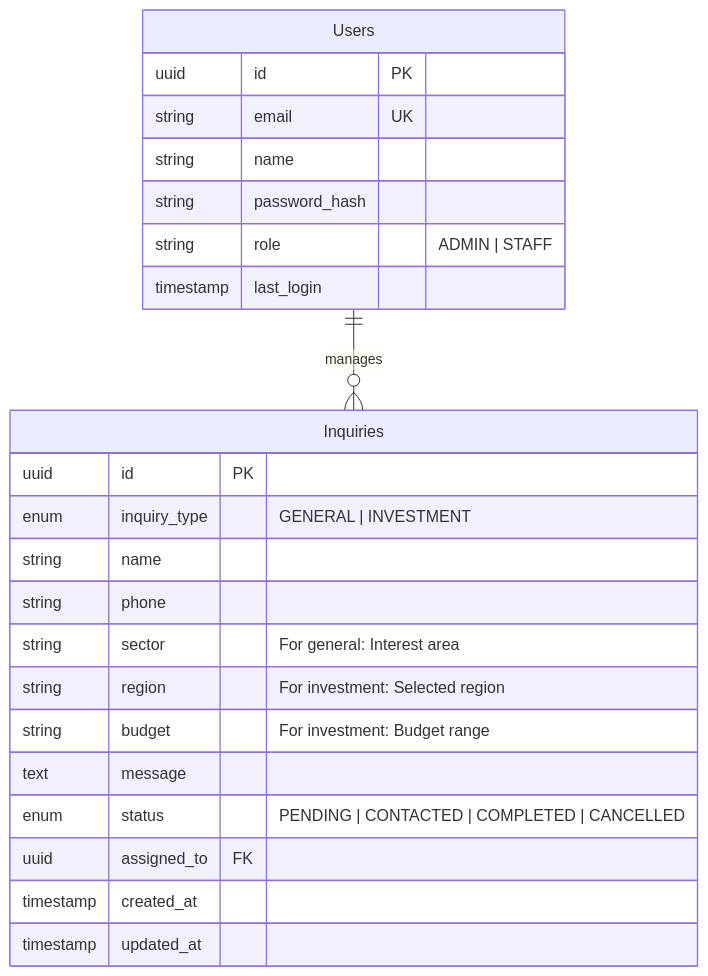
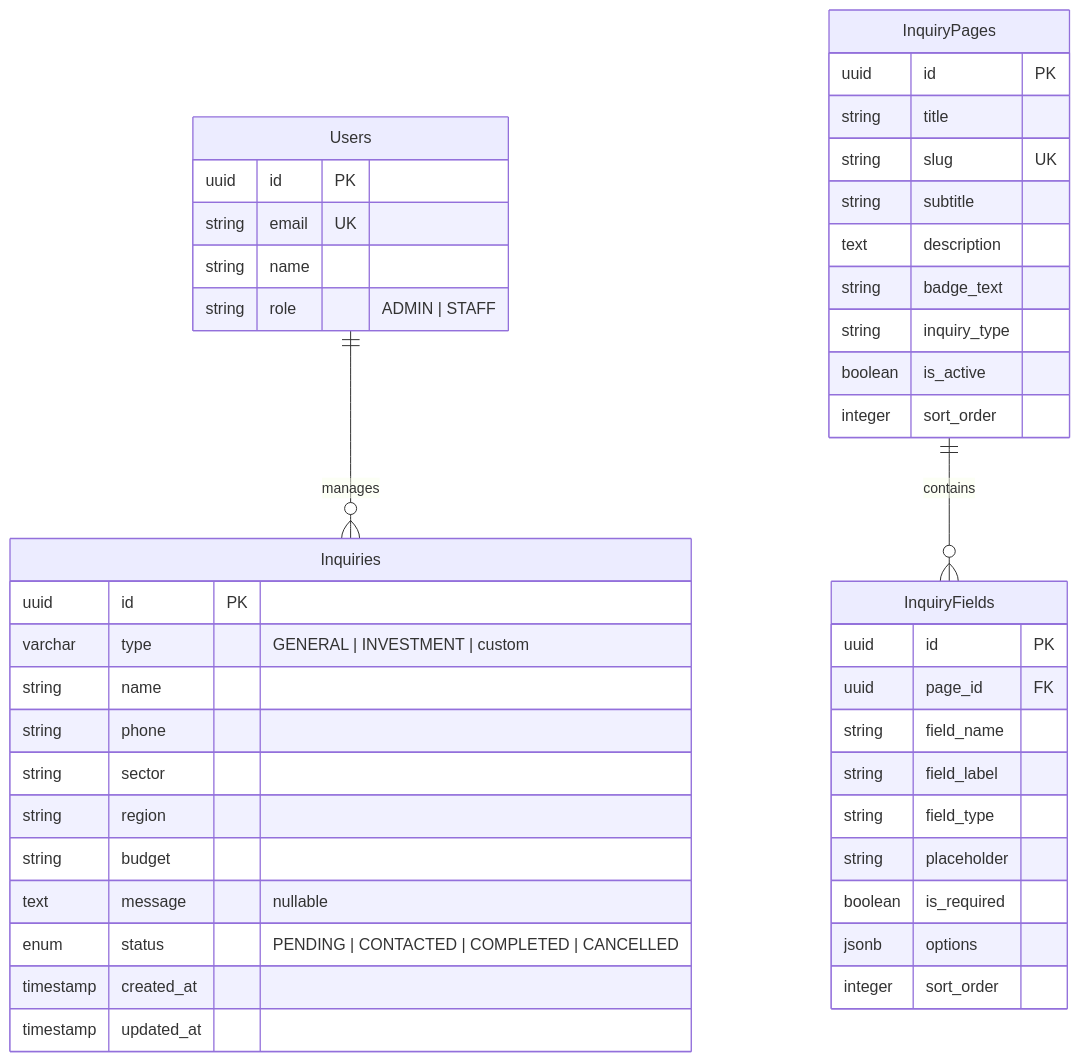
The diagram in docs/db_schema.md (ha-sou/realpasset), drawn with Mermaid before and after one commit. The commit also changed other lines of this file and 2 other files, not shown here.

Commit message:
fix: DB migration, submit-inquiry flexibility, schema docs update

````diff
--- a/docs/db_schema.md
+++ b/docs/db_schema.md
@@ -7,26 +7,46 @@
 ```mermaid
 erDiagram
     Users ||--o{ Inquiries : "manages"
+    InquiryPages ||--o{ InquiryFields : "contains"
     Inquiries {
         uuid id PK
-        enum inquiry_type "GENERAL | INVESTMENT"
+        varchar type "GENERAL | INVESTMENT | custom"
         string name
         string phone
-        string sector "For general: Interest area"
-        string region "For investment: Selected region"
-        string budget "For investment: Budget range"
-        text message
+        string sector
+        string region
+        string budget
+        text message "nullable"
         enum status "PENDING | CONTACTED | COMPLETED | CANCELLED"
-        uuid assigned_to FK
         timestamp created_at
         timestamp updated_at
     }
     Users {
         uuid id PK
         string email UK
         string name
-        string password_hash
         string role "ADMIN | STAFF"
-        timestamp last_login
+    }
+    InquiryPages {
+        uuid id PK
+        string title
+        string slug UK
+        string subtitle
+        text description
+        string badge_text
+        string inquiry_type
+        boolean is_active
+        integer sort_order
+    }
+    InquiryFields {
+        uuid id PK
+        uuid page_id FK
+        string field_name
+        string field_label
+        string field_type
+        string placeholder
+        boolean is_required
+        jsonb options
+        integer sort_order
     }
 ```
````
